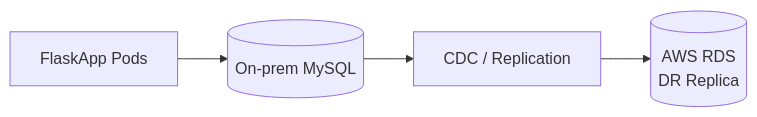
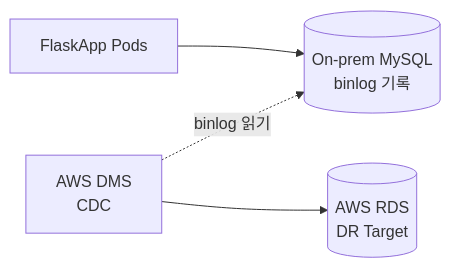
One commit to KOSA-Team-Snow/Docs changed the second of 8 diagrams in database-backup-monitoring/데이터베이스-백업-모니터링-구조-설계도.md. Above: the diagram before and after it, drawn with Mermaid. The commit also changed other lines of this file, not shown here.

````diff
--- a/database-backup-monitoring/데이터베이스-백업-모니터링-구조-설계도.md
+++ b/database-backup-monitoring/데이터베이스-백업-모니터링-구조-설계도.md
@@ -107,6 +109,6 @@
 ```mermaid
 flowchart LR
-    app[FlaskApp Pods] --> mysql[(On-prem MySQL)]
-    mysql --> repl[CDC / Replication]
-    repl --> rds[(AWS RDS<br/>DR Replica)]
+    app[FlaskApp Pods] --> mysql[(On-prem MySQL<br/>binlog 기록)]
+    dms[AWS DMS<br/>CDC] -. binlog 읽기 .-> mysql
+    dms --> rds[(AWS RDS<br/>DR Target)]
 ```
````
